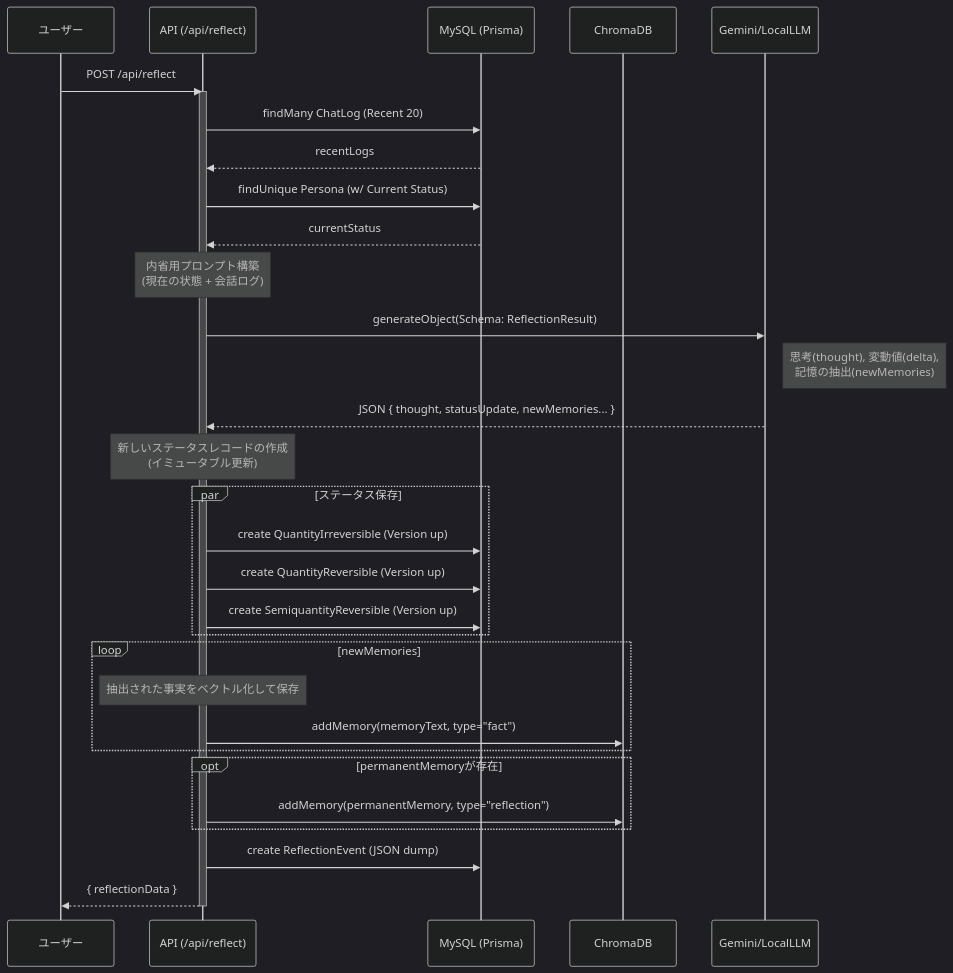
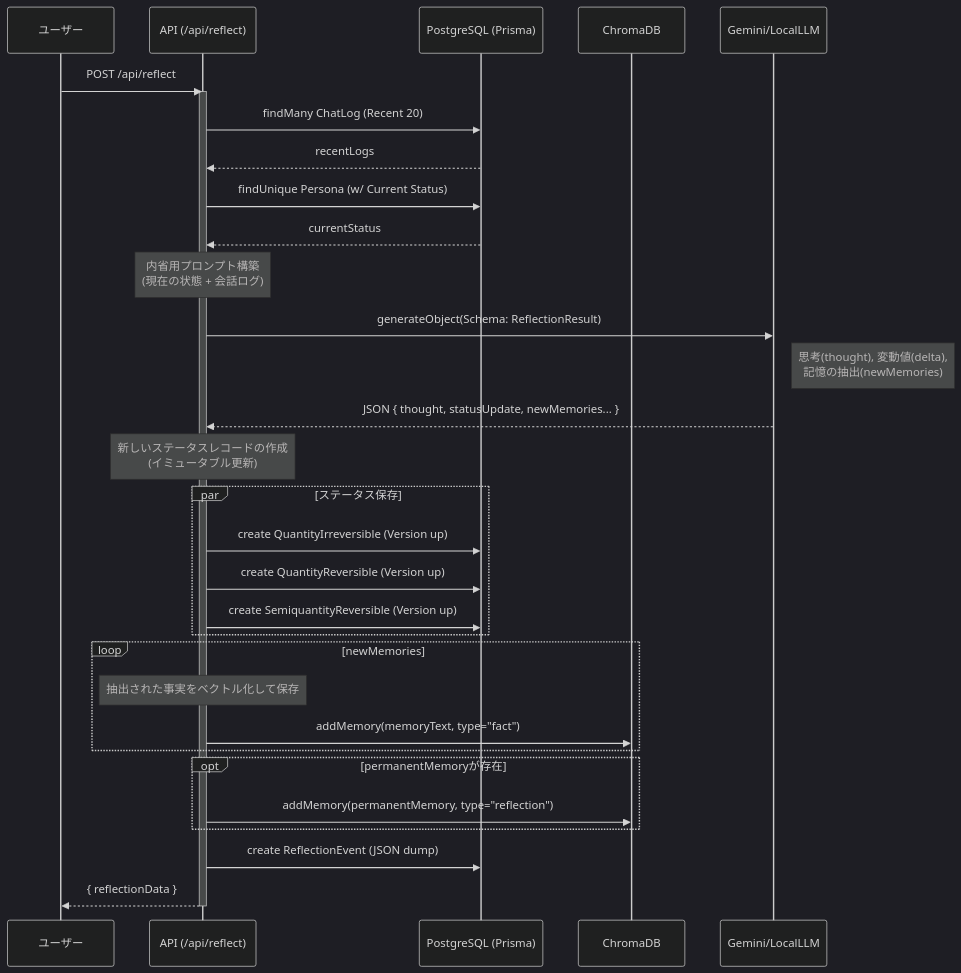
One commit to mshirai0327/self-reflection-chatbot changed the second of 2 diagrams in docs/sequence.md. Above: the diagram before and after it, drawn with Mermaid (dark theme). The commit also changed other lines of this file and 17 other files, not shown here.

````diff
--- a/docs/sequence.md
+++ b/docs/sequence.md
@@ -95,48 +95,48 @@
 ```mermaid
 sequenceDiagram
     participant U as ユーザー
     participant API as API (/api/reflect)
-    participant DB as MySQL (Prisma)
+    participant DB as PostgreSQL (Prisma)
     participant Vec as ChromaDB
     participant LLM as Gemini/LocalLLM
 
     U->>API: POST /api/reflect
     activate API
 
     %% 1. データ収集
     API->>DB: findMany ChatLog (Recent 20)
     DB-->>API: recentLogs
     API->>DB: findUnique Persona (w/ Current Status)
     DB-->>API: currentStatus
 
     %% 2. 推論実行
     Note over API: 内省用プロンプト構築<br/>(現在の状態 + 会話ログ)
     API->>LLM: generateObject(Schema: ReflectionResult)
     Note right of LLM: 思考(thought), 変動値(delta),<br/>記憶の抽出(newMemories)
     LLM-->>API: JSON { thought, statusUpdate, newMemories... }
 
     %% 3. ステータス更新トランザクション
     Note over API: 新しいステータスレコードの作成<br/>(イミュータブル更新)
     
     par ステータス保存
         API->>DB: create QuantityIrreversible (Version up)
         API->>DB: create QuantityReversible (Version up)
         API->>DB: create SemiquantityReversible (Version up)
     end
     
     %% 4. 記憶の蒸留と保存
     loop newMemories
         Note over API: 抽出された事実をベクトル化して保存
         API->>Vec: addMemory(memoryText, type="fact")
     end
 
     opt permanentMemoryが存在
         API->>Vec: addMemory(permanentMemory, type="reflection")
     end
 
     %% 5. イベント記録
     API->>DB: create ReflectionEvent (JSON dump)
 
     API-->>U: { reflectionData }
     deactivate API
 ```
````
